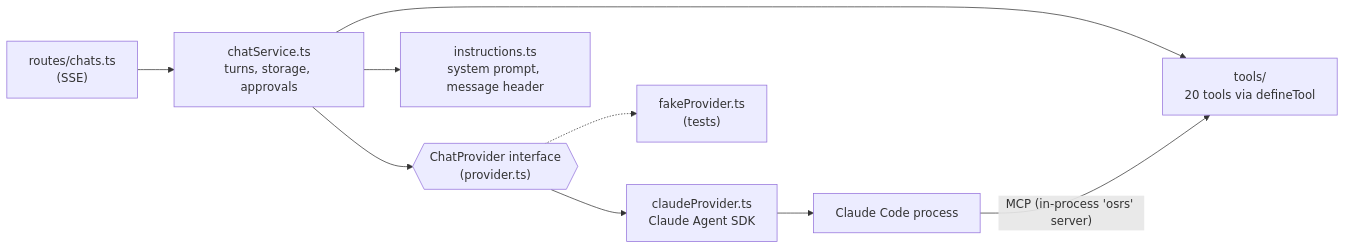
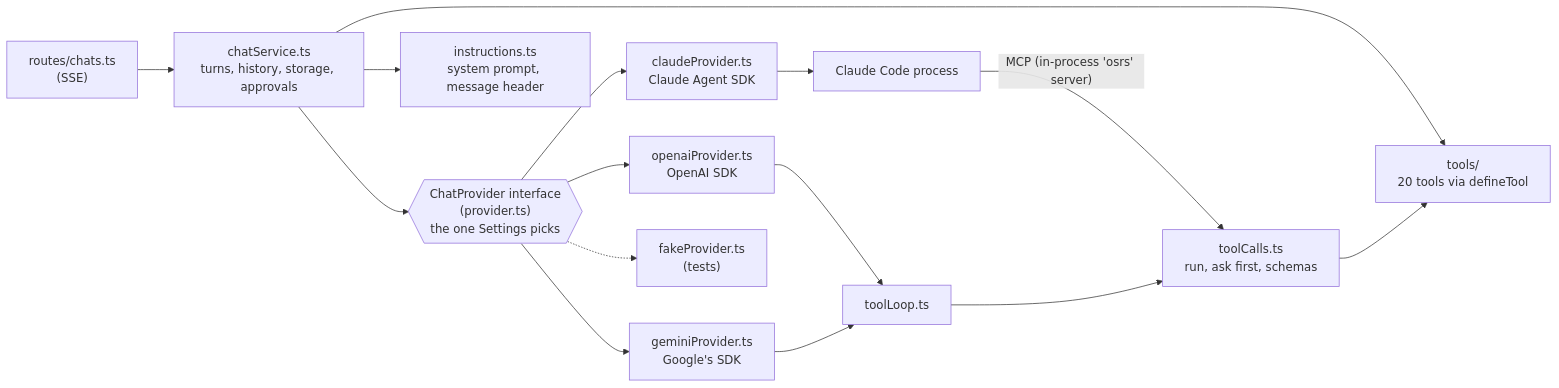
Before and after one commit to Goff-Davis/wise-old-model: the fifth of 5 diagrams in server/ARCHITECTURE.md, drawn with Mermaid. The commit also changed other lines of this file and 56 other files, not shown here.

First line of the commit message:
Let the chat use OpenAI-compatible models and Gemini as well as Claude

````diff
--- a/server/ARCHITECTURE.md
+++ b/server/ARCHITECTURE.md
@@ -280,11 +281,17 @@
 ```mermaid
 flowchart LR
-  route["routes/chats.ts<br/>(SSE)"] --> svc["chatService.ts<br/>turns, storage, approvals"]
-  svc --> prov{{"ChatProvider interface<br/>(provider.ts)"}}
+  route["routes/chats.ts<br/>(SSE)"] --> svc["chatService.ts<br/>turns, history, storage, approvals"]
+  svc --> prov{{"ChatProvider interface<br/>(provider.ts)<br/>the one Settings picks"}}
   prov --> claude["claudeProvider.ts<br/>Claude Agent SDK"]
+  prov --> openai["openaiProvider.ts<br/>OpenAI SDK"]
+  prov --> gemini["geminiProvider.ts<br/>Google's SDK"]
   prov -.-> fake["fakeProvider.ts<br/>(tests)"]
   svc --> tools["tools/<br/>20 tools via defineTool"]
   svc --> instr["instructions.ts<br/>system prompt, message header"]
   claude --> cc["Claude Code process"]
-  cc -- "MCP (in-process 'osrs' server)" --> tools
+  cc -- "MCP (in-process 'osrs' server)" --> calls
+  openai --> loop["toolLoop.ts"]
+  gemini --> loop
+  loop --> calls["toolCalls.ts<br/>run, ask first, schemas"]
+  calls --> tools
 ```
````
